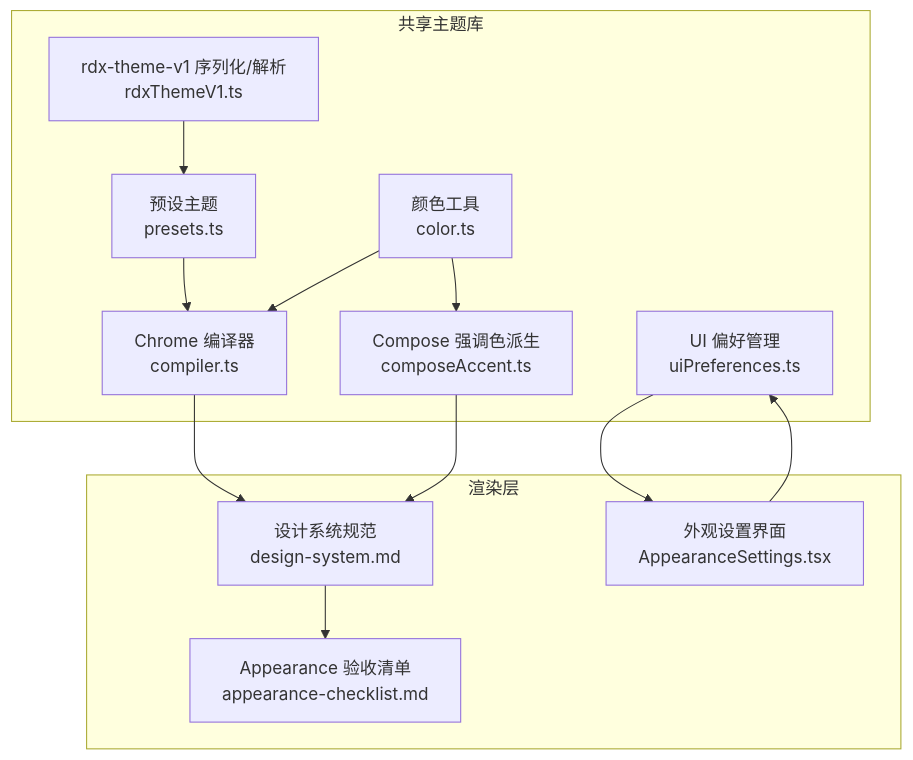
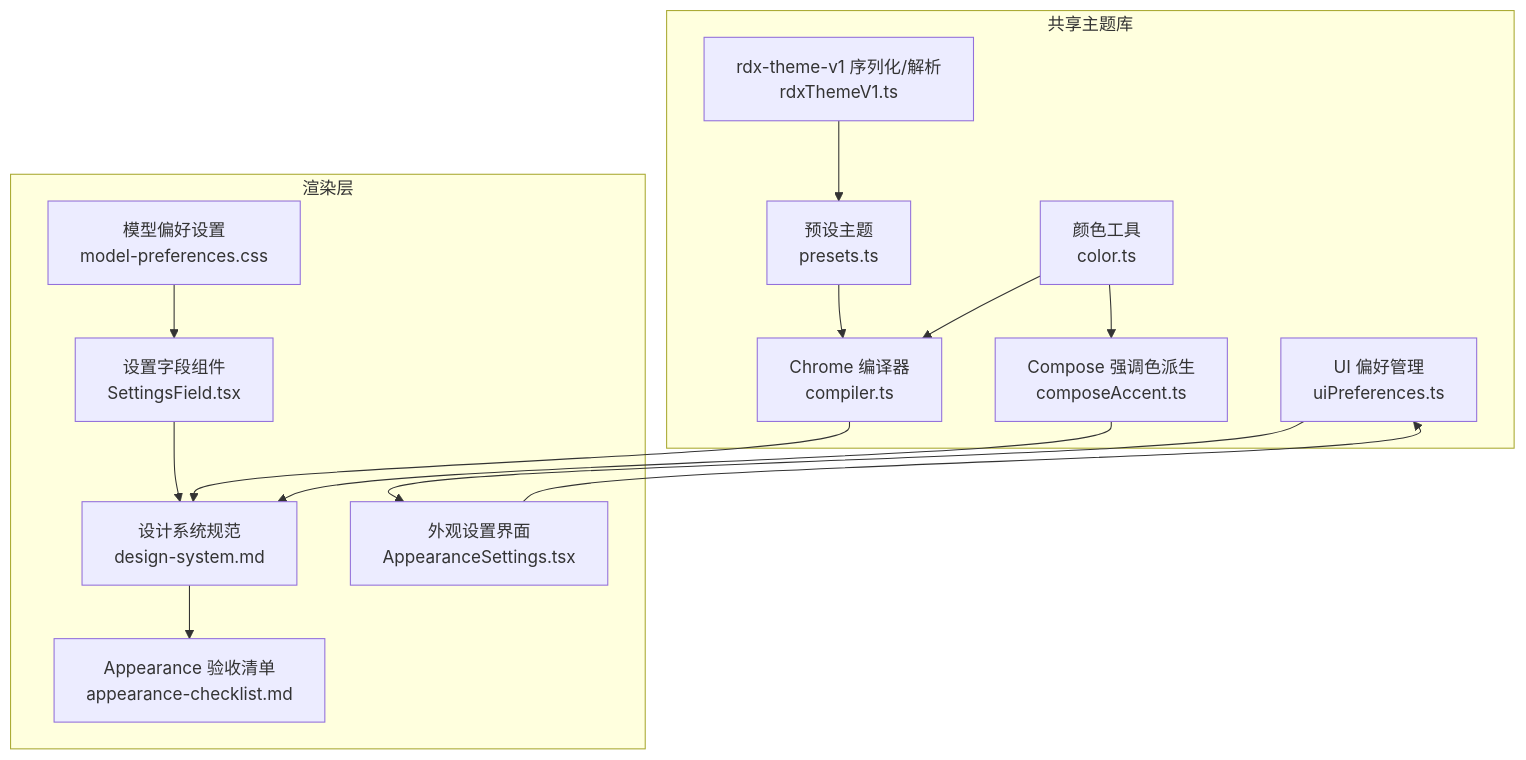
One commit to haolange/RDC-Agent changed the first of 3 diagrams in .qoder/repowiki/zh/content/用户界面/设置面板/外观设置.md. Above: the diagram before and after it, drawn with Mermaid. The commit also changed other lines of this file and 71 other files, not shown here.

````diff
--- a/.qoder/repowiki/zh/content/用户界面/设置面板/外观设置.md
+++ b/.qoder/repowiki/zh/content/用户界面/设置面板/外观设置.md
@@ -46,25 +49,29 @@
 ```mermaid
 graph TB
 subgraph "共享主题库"
 P["预设主题<br/>presets.ts"]
 C["颜色工具<br/>color.ts"]
 K["Chrome 编译器<br/>compiler.ts"]
 A["Compose 强调色派生<br/>composeAccent.ts"]
 V["rdx-theme-v1 序列化/解析<br/>rdxThemeV1.ts"]
 U["UI 偏好管理<br/>uiPreferences.ts"]
 end
 subgraph "渲染层"
 DS["设计系统规范<br/>design-system.md"]
 AC["Appearance 验收清单<br/>appearance-checklist.md"]
 AS["外观设置界面<br/>AppearanceSettings.tsx"]
+MP["模型偏好设置<br/>model-preferences.css"]
+SF["设置字段组件<br/>SettingsField.tsx"]
 end
 P --> K
 C --> K
 C --> A
 V --> P
 U --> AS
 K --> DS
 A --> DS
 DS --> AC
 AS --> U
+MP --> SF
+SF --> DS
 ```
````
